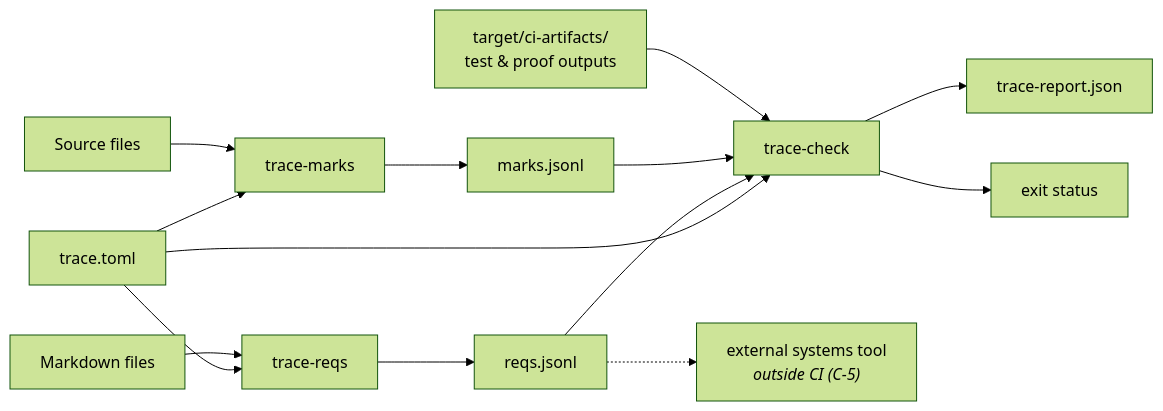
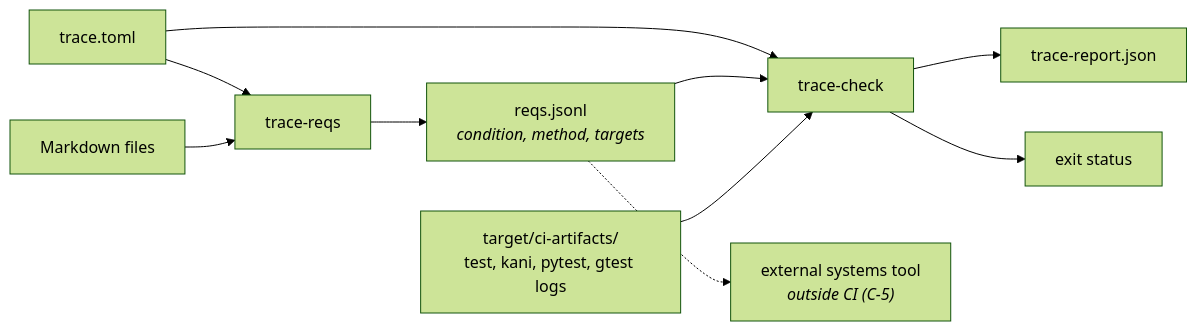
One commit to Dyse-Industries/control-rs changed the first of 2 diagrams in documentation/vv/requirement-traceability-design.md. Above: the diagram before and after it, drawn with Mermaid (forest theme). The commit also changed other lines of this file and 37 other files, not shown here.

````diff
--- a/documentation/vv/requirement-traceability-design.md
+++ b/documentation/vv/requirement-traceability-design.md
@@ -244,16 +234,12 @@
 ```mermaid
 flowchart LR
     Cfg["trace.toml"] --> TR
-    Cfg --> TM
     Cfg --> TC
     Docs["Markdown files"] --> TR["trace-reqs"]
-    TR --> RJ["reqs.jsonl"]
-    Src["Source files"] --> TM["trace-marks"]
-    TM --> MJ["marks.jsonl"]
+    TR --> RJ["reqs.jsonl<br/><i>condition, method, targets</i>"]
     RJ --> TC["trace-check"]
-    MJ --> TC
-    Res["target/ci-artifacts/<br/>test & proof outputs"] --> TC
+    Logs["target/ci-artifacts/<br/>test, kani, pytest, gtest logs"] --> TC
     TC --> Rep["trace-report.json"]
     TC --> Exit["exit status"]
     RJ -.-> Ext["external systems tool<br/><i>outside CI (C-5)</i>"]
 ```
````
